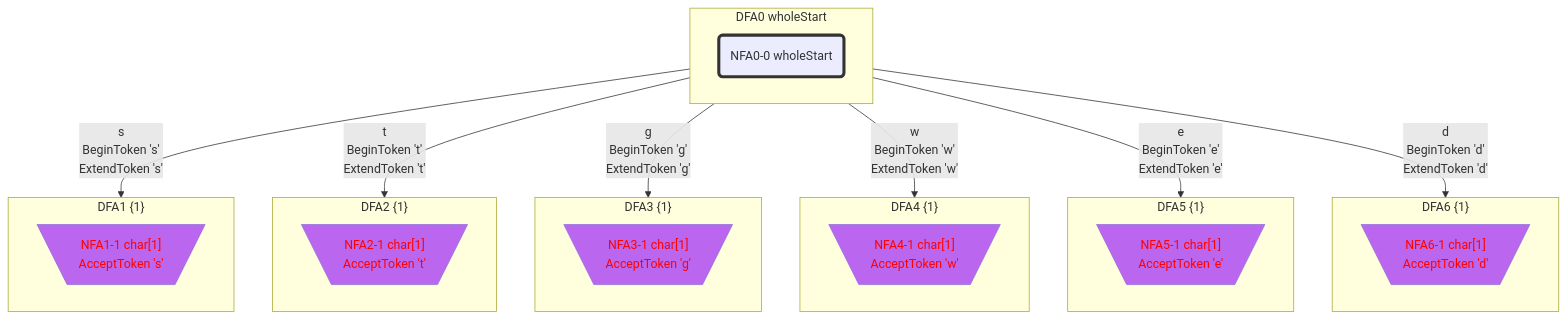
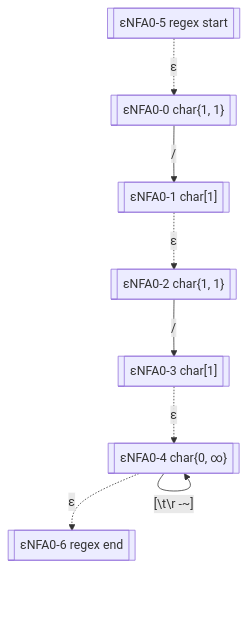
Diagram 15 of 23 in Practices/Practice.GeneratedXxxFormat.Test/GeneratedSES/LexicalAnalyzer/README.gen.md (bitzhuwei/GrammarMentor), drawn with Mermaid before and after one commit. The commit also changed other lines of this file and 3868 other files, not shown here.

````diff
--- a/Practices/Practice.GeneratedXxxFormat.Test/GeneratedSES/LexicalAnalyzer/README.gen.md
+++ b/Practices/Practice.GeneratedXxxFormat.Test/GeneratedSES/LexicalAnalyzer/README.gen.md
@@ -878,78 +426,32 @@
 ```Mermaid
 flowchart
 classDef c0001 color:#FF0000;
 classDef c0010 stroke-dasharray: 10 10;
 classDef c0011 stroke-dasharray: 10 10,color:#FF0000;
 classDef c0100 fill:#BB66EE;
 classDef c0101 fill:#BB66EE,color:#FF0000;
 classDef c0110 fill:#BB66EE,stroke-dasharray: 10 10;
 classDef c0111 fill:#BB66EE,stroke-dasharray: 10 10,color:#FF0000;
 classDef c1000 stroke:#333,stroke-width:4px;
 classDef c1001 stroke:#333,stroke-width:4px,color:#FF0000;
 classDef c1010 stroke:#333,stroke-width:4px,stroke-dasharray: 10 10;
 classDef c1011 stroke:#333,stroke-width:4px,stroke-dasharray: 10 10,color:#FF0000;
 classDef c1100 stroke:#333,stroke-width:4px,fill:#BB66EE;
 classDef c1101 stroke:#333,stroke-width:4px,fill:#BB66EE,color:#FF0000;
 classDef c1110 stroke:#333,stroke-width:4px,fill:#BB66EE,stroke-dasharray: 10 10;
 classDef c1111 stroke:#333,stroke-width:4px,fill:#BB66EE,stroke-dasharray: 10 10,color:#FF0000;
-subgraph DFA0_1716080415["DFA0 wholeStart"]
-NFA0_0_133067_0("NFA0-0 wholeStart")
-class NFA0_0_133067_0 c1000;
-end
-class DFA0_1716080415 c1000;
-subgraph DFA1_-240143629["DFA1 {1}"]
-NFA1_1_29840947_1[\"NFA1-1 char[1]
-AcceptToken 's'"/]
-class NFA1_1_29840947_1 c0101;
-end
-class DFA1_-240143629 c0101;
-subgraph DFA2_301028278["DFA2 {1}"]
-NFA2_1_1197606_2[\"NFA2-1 char[1]
-AcceptToken 't'"/]
-class NFA2_1_1197606_2 c0101;
-end
-class DFA2_301028278 c0101;
-subgraph DFA3_-386939718["DFA3 {1}"]
-NFA3_1_10778462_3[\"NFA3-1 char[1]
-AcceptToken 'g'"/]
-class NFA3_1_10778462_3 c0101;
-end
-class DFA3_-386939718 c0101;
-subgraph DFA4_-1306490502["DFA4 {1}"]
-NFA4_1_29897299_4[\"NFA4-1 char[1]
-AcceptToken 'w'"/]
-class NFA4_1_29897299_4 c0101;
-end
-class DFA4_-1306490502 c0101;
-subgraph DFA5_-1787280378["DFA5 {1}"]
-NFA5_1_640238_5[\"NFA5-1 char[1]
-AcceptToken 'e'"/]
-class NFA5_1_640238_5 c0101;
-end
-class DFA5_-1787280378 c0101;
-subgraph DFA6_-1886935679["DFA6 {1}"]
-NFA6_1_5762144_6[\"NFA6-1 char[1]
-AcceptToken 'd'"/]
-class NFA6_1_5762144_6 c0101;
-end
-class DFA6_-1886935679 c0101;
-DFA0_1716080415 -->|"s
-BeginToken 's'
-ExtendToken 's'"|DFA1_-240143629
-DFA0_1716080415 -->|"t
-BeginToken 't'
-ExtendToken 't'"|DFA2_301028278
-DFA0_1716080415 -->|"g
-BeginToken 'g'
-ExtendToken 'g'"|DFA3_-386939718
-DFA0_1716080415 -->|"w
-BeginToken 'w'
-ExtendToken 'w'"|DFA4_-1306490502
-DFA0_1716080415 -->|"e
-BeginToken 'e'
-ExtendToken 'e'"|DFA5_-1787280378
-DFA0_1716080415 -->|"d
-BeginToken 'd'
-ExtendToken 'd'"|DFA6_-1886935679
-
+eNFA0_5_55094571[["εNFA0-5 regex start"]]
+eNFA0_0_26089094[["εNFA0-0 char{1, 1}"]]
+eNFA0_1_33475260[["εNFA0-1 char[1]"]]
+eNFA0_2_32841884[["εNFA0-2 char{1, 1}"]]
+eNFA0_3_4627874[["εNFA0-3 char[1]"]]
+eNFA0_4_41650866[["εNFA0-4 char{0, ∞}"]]
+eNFA0_6_39313476[["εNFA0-6 regex end"]]
+eNFA0_5_55094571 -.->|"ε"|eNFA0_0_26089094
+eNFA0_0_26089094 -->|"/"|eNFA0_1_33475260
+eNFA0_1_33475260 -.->|"ε"|eNFA0_2_32841884
+eNFA0_2_32841884 -->|"/"|eNFA0_3_4627874
+eNFA0_3_4627874 -.->|"ε"|eNFA0_4_41650866
+eNFA0_4_41650866 -->|"[#92;t#92;r#32;-~]"|eNFA0_4_41650866
+eNFA0_4_41650866 -.->|"ε"|eNFA0_6_39313476
 ```
````
